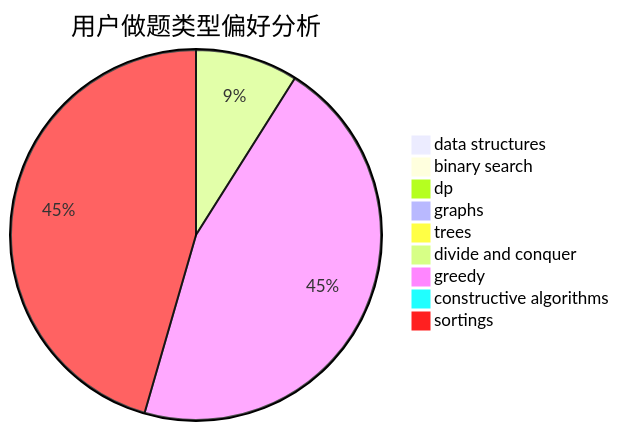
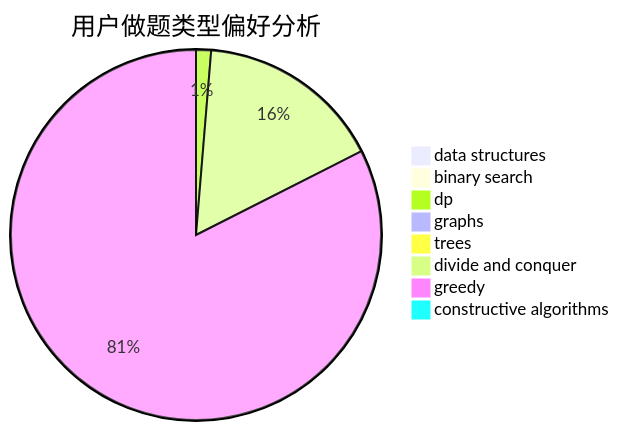
The second of 3 diagrams in docs/user/u376.md (sherpahu/cfrs.github.io), drawn with Mermaid before and after one commit. The commit also changed other lines of this file and 2769 other files, not shown here.

````diff
--- a/docs/user/u376.md
+++ b/docs/user/u376.md
@@ -18,12 +18,11 @@
 ```mermaid
 pie title 用户做题类型偏好分析
     "data structures" :  3
     "binary search" :  3
     "dp" :  5
     "graphs" :  1
     "trees" :  0
     "divide and conquer" :  62
     "greedy" :  315
     "constructive algorithms" :  0
-    "sortings" :  315
 ```
````
